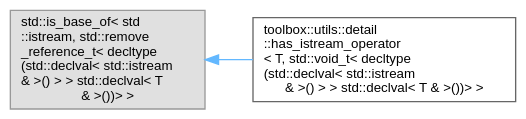
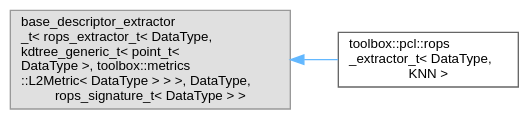
The diagram in inherit_graph_4.dot (nerdneilsfield/cpp-toolbox), drawn with Graphviz before and after one commit. The commit also changed 738 other files, not shown here.

```diff
--- a/inherit_graph_4.dot
+++ b/inherit_graph_4.dot
@@ -1,11 +1,11 @@
 digraph "Graphical Class Hierarchy"
 {
  // LATEX_PDF_SIZE
   bgcolor="transparent";
   edge [fontname=Helvetica,fontsize=10,labelfontname=Helvetica,labelfontsize=10];
   node [fontname=Helvetica,fontsize=10,shape=box,height=0.2,width=0.4];
   rankdir="LR";
-  Node0 [id="Node000000",label="std::is_base_of\< std\l::istream, std::remove\l_reference_t\< decltype\l(std::declval\< std::istream\l & \>() \> \> std::declval\< T\l & \>())\> \>",height=0.2,width=0.4,color="grey60", fillcolor="#E0E0E0", style="filled",tooltip=" "];
-  Node0 -> Node1 [id="edge18_Node000000_Node000001",dir="back",color="steelblue1",style="solid",tooltip=" "];
-  Node1 [id="Node000001",label="toolbox::utils::detail\l::has_istream_operator\l\< T, std::void_t\< decltype\l(std::declval\< std::istream\l & \>() \> \> std::declval\< T & \>())\> \>",height=0.2,width=0.4,color="grey40", fillcolor="white", style="filled",URL="$structtoolbox_1_1utils_1_1detail_1_1has__istream__operator_3_01_t_00_01std_1_1void__t_3_01decltyb09911d33e7c0cfaf84ec26667d90d9a.html",tooltip=" "];
+  Node0 [id="Node000000",label="base_descriptor_extractor\l_t\< rops_extractor_t\< DataType,\l kdtree_generic_t\< point_t\<\l DataType \>, toolbox::metrics\l::L2Metric\< DataType \> \> \>, DataType,\l rops_signature_t\< DataType \> \>",height=0.2,width=0.4,color="grey60", fillcolor="#E0E0E0", style="filled",tooltip=" "];
+  Node0 -> Node1 [id="edge5_Node000000_Node000001",dir="back",color="steelblue1",style="solid",tooltip=" "];
+  Node1 [id="Node000001",label="toolbox::pcl::rops\l_extractor_t\< DataType,\l KNN \>",height=0.2,width=0.4,color="grey40", fillcolor="white", style="filled",URL="$classtoolbox_1_1pcl_1_1rops__extractor__t.html",tooltip=" "];
 }
```
